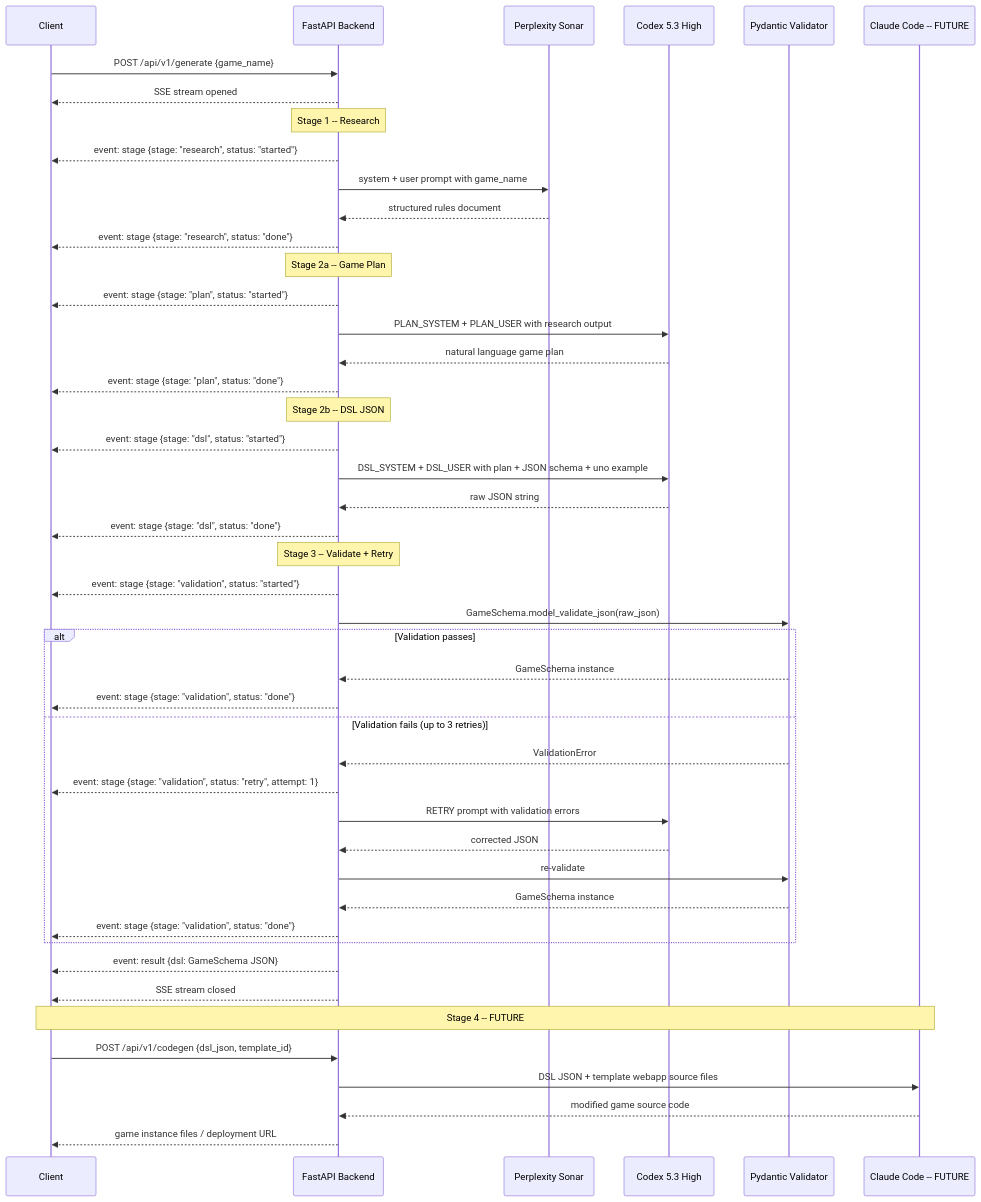
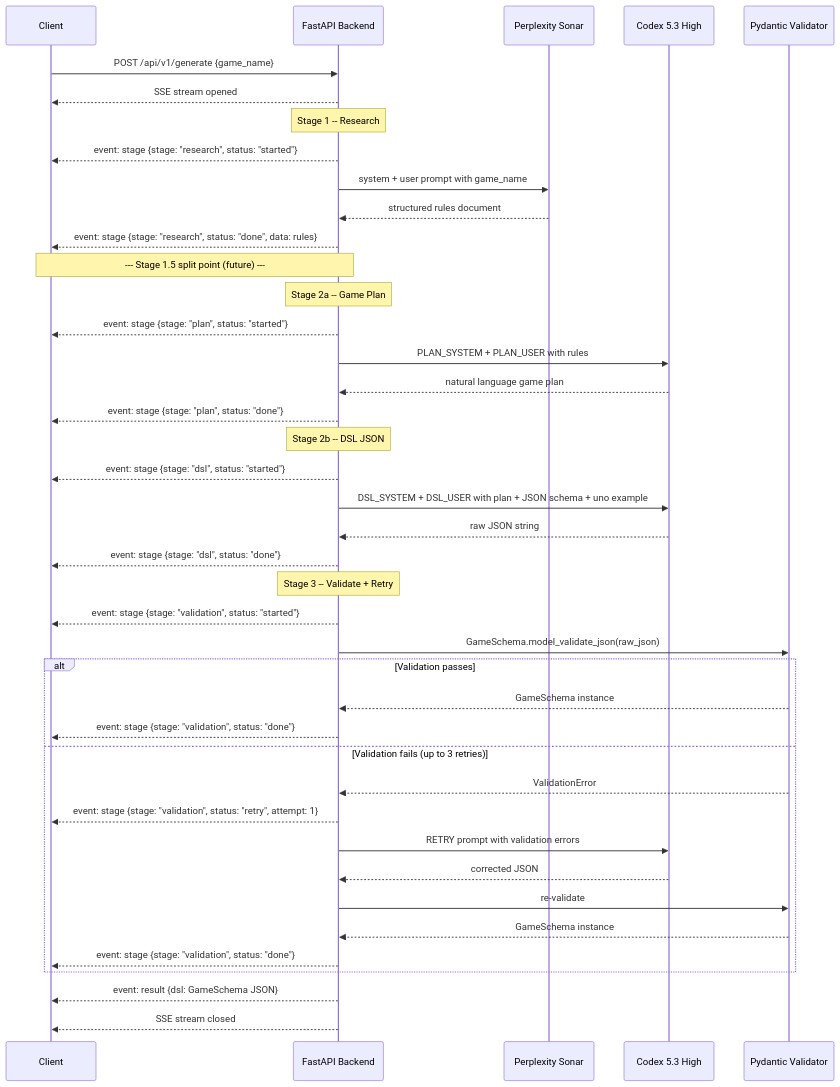
Before and after one commit to AlexiaHyn/Boardify: the third of 4 diagrams in .cursor/plans/dsl_pipeline_generalization_ccc49eab.plan.md, drawn with Mermaid. The commit also changed other lines of this file, not shown here.

Commit message:
add stage 1.5 for user edits of rules

````diff
--- a/.cursor/plans/dsl_pipeline_generalization_ccc49eab.plan.md
+++ b/.cursor/plans/dsl_pipeline_generalization_ccc49eab.plan.md
@@ -449,56 +736,51 @@
 ```mermaid
 sequenceDiagram
     participant Client
     participant API as FastAPI Backend
     participant PX as Perplexity Sonar
     participant Codex as Codex 5.3 High
     participant Val as Pydantic Validator
-    participant Claude as Claude Code -- FUTURE
 
     Client->>API: POST /api/v1/generate {game_name}
     API-->>Client: SSE stream opened
 
     Note over API: Stage 1 -- Research
     API-->>Client: event: stage {stage: "research", status: "started"}
     API->>PX: system + user prompt with game_name
     PX-->>API: structured rules document
-    API-->>Client: event: stage {stage: "research", status: "done"}
+    API-->>Client: event: stage {stage: "research", status: "done", data: rules}
+
+    Note over API,Client: --- Stage 1.5 split point (future) ---
 
     Note over API: Stage 2a -- Game Plan
     API-->>Client: event: stage {stage: "plan", status: "started"}
-    API->>Codex: PLAN_SYSTEM + PLAN_USER with research output
+    API->>Codex: PLAN_SYSTEM + PLAN_USER with rules
     Codex-->>API: natural language game plan
     API-->>Client: event: stage {stage: "plan", status: "done"}
 
     Note over API: Stage 2b -- DSL JSON
     API-->>Client: event: stage {stage: "dsl", status: "started"}
     API->>Codex: DSL_SYSTEM + DSL_USER with plan + JSON schema + uno example
     Codex-->>API: raw JSON string
     API-->>Client: event: stage {stage: "dsl", status: "done"}
 
     Note over API: Stage 3 -- Validate + Retry
     API-->>Client: event: stage {stage: "validation", status: "started"}
     API->>Val: GameSchema.model_validate_json(raw_json)
 
     alt Validation passes
         Val-->>API: GameSchema instance
         API-->>Client: event: stage {stage: "validation", status: "done"}
     else Validation fails (up to 3 retries)
         Val-->>API: ValidationError
         API-->>Client: event: stage {stage: "validation", status: "retry", attempt: 1}
         API->>Codex: RETRY prompt with validation errors
         Codex-->>API: corrected JSON
         API->>Val: re-validate
         Val-->>API: GameSchema instance
         API-->>Client: event: stage {stage: "validation", status: "done"}
     end
 
     API-->>Client: event: result {dsl: GameSchema JSON}
     API-->>Client: SSE stream closed
-
-    Note over Client,Claude: Stage 4 -- FUTURE
-    Client->>API: POST /api/v1/codegen {dsl_json, template_id}
-    API->>Claude: DSL JSON + template webapp source files
-    Claude-->>API: modified game source code
-    API-->>Client: game instance files / deployment URL
 ```
````
